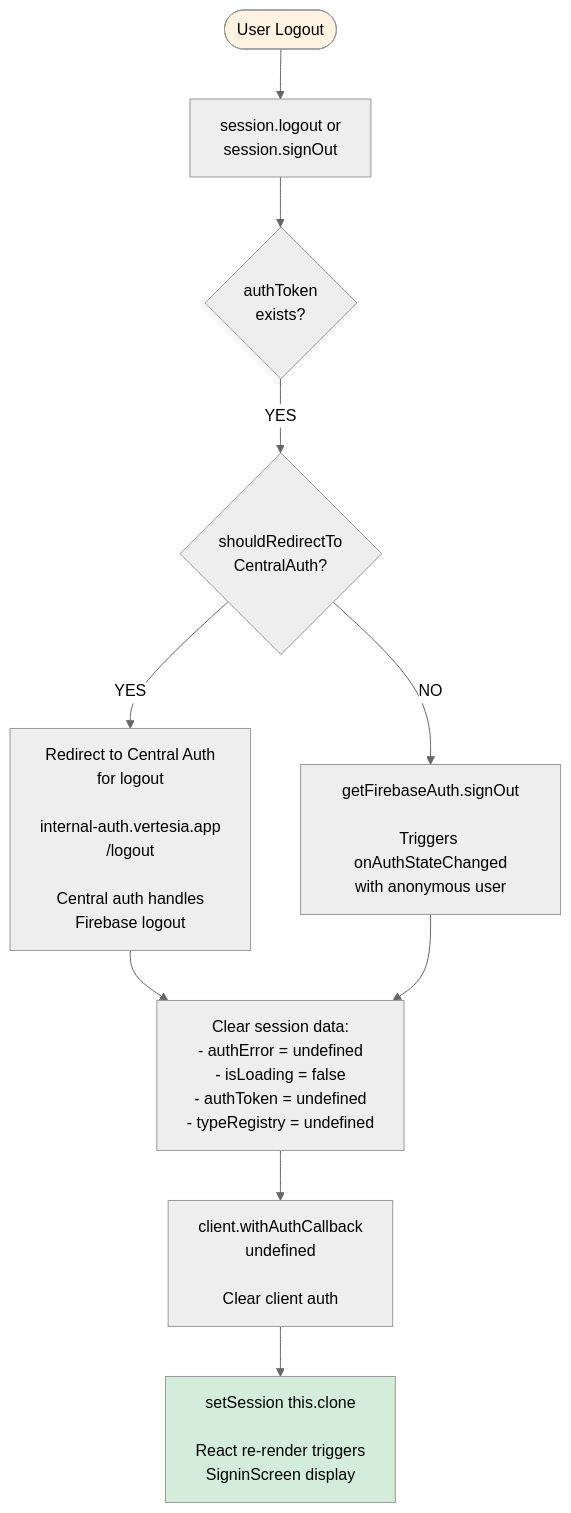
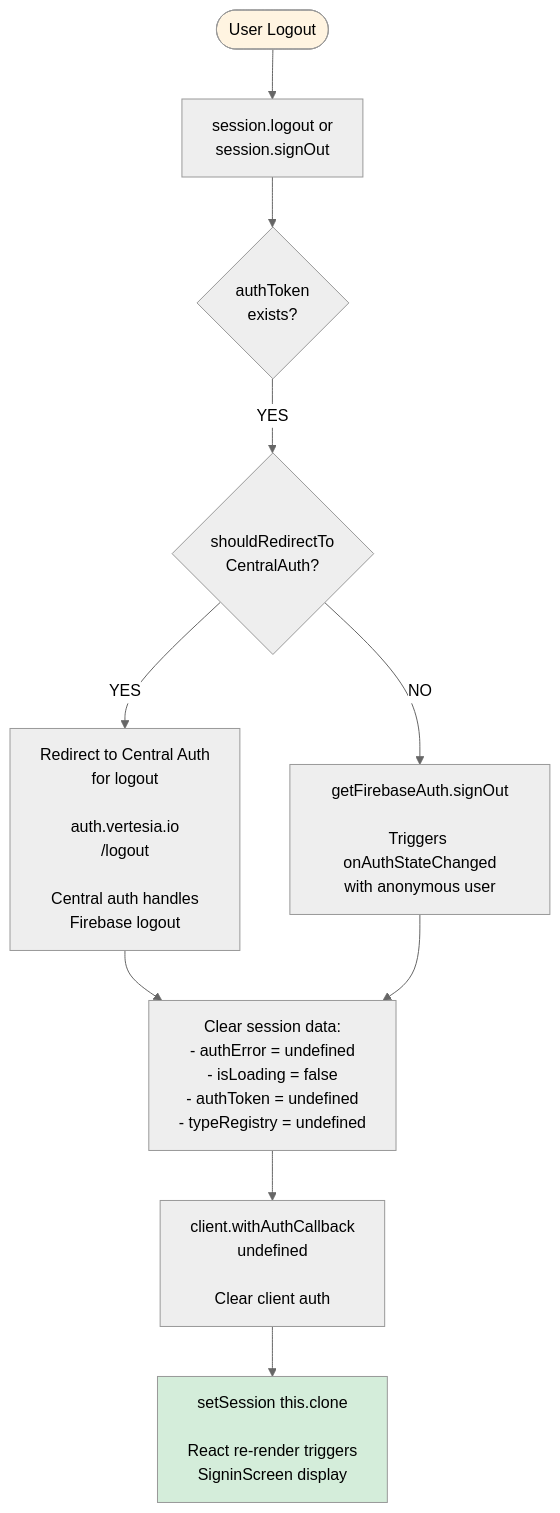
One commit to vertesia/composableai changed the sixth of 7 diagrams in packages/ui/src/session/auth/auth-flow.md. Above: the diagram before and after it, drawn with Mermaid (neutral theme). The commit also changed other lines of this file, not shown here.

Commit message:
docs: update central auth endpoint selection

````diff
--- a/packages/ui/src/session/auth/auth-flow.md
+++ b/packages/ui/src/session/auth/auth-flow.md
@@ -1025,23 +1037,23 @@
 ```mermaid
 flowchart TB
     Start([User Logout]) --> Trigger[session.logout or<br/>session.signOut]
 
     Trigger --> Check{authToken<br/>exists?}
 
     Check -->|YES| ShouldRedirect{shouldRedirectTo<br/>CentralAuth?}
 
-    ShouldRedirect -->|YES| RedirectLogout[Redirect to Central Auth<br/>for logout<br/><br/>internal-auth.vertesia.app<br/>/logout<br/><br/>Central auth handles<br/>Firebase logout]
+    ShouldRedirect -->|YES| RedirectLogout[Redirect to Central Auth<br/>for logout<br/><br/>auth.vertesia.io<br/>/logout<br/><br/>Central auth handles<br/>Firebase logout]
 
     ShouldRedirect -->|NO| FirebaseSignout[getFirebaseAuth.signOut<br/><br/>Triggers onAuthStateChanged<br/>with anonymous user]
 
     RedirectLogout --> ClearData[Clear session data:<br/>- authError = undefined<br/>- isLoading = false<br/>- authToken = undefined<br/>- typeRegistry = undefined]
 
     FirebaseSignout --> ClearData
 
     ClearData --> ClearClient[client.withAuthCallback<br/>undefined<br/><br/>Clear client auth]
 
     ClearClient --> UpdateState[setSession this.clone<br/><br/>React re-render triggers<br/>SigninScreen display]
 
     style Start fill:#fff4e1
     style UpdateState fill:#d4edda
 ```
````
